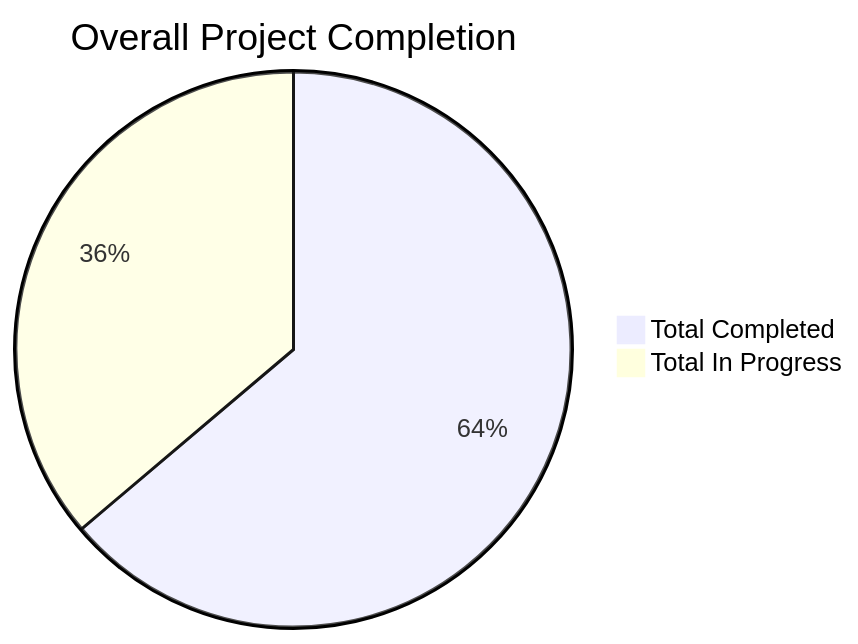
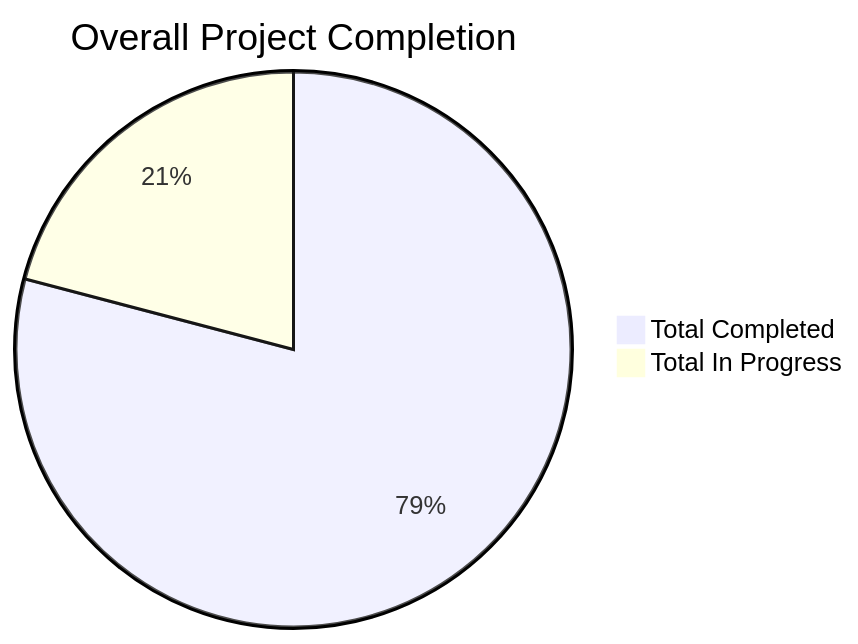
The second of 2 diagrams in README.md (AMEN-ProgCorps/RMS-CSPC), drawn with Mermaid before and after one commit. The commit also changed other lines of this file and 9 other files, not shown here.

````diff
--- a/README.md
+++ b/README.md
@@ -115,5 +115,5 @@
 ```mermaid
 pie title Overall Project Completion
-    "Total Completed" : 70.2
-    "Total In Progress" : 39.8
+    "Total Completed" : 87
+    "Total In Progress" : 23
 ```
````
